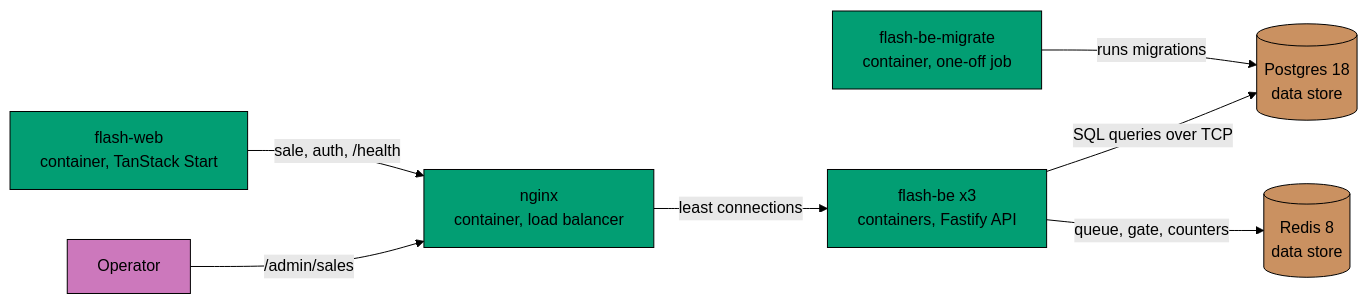
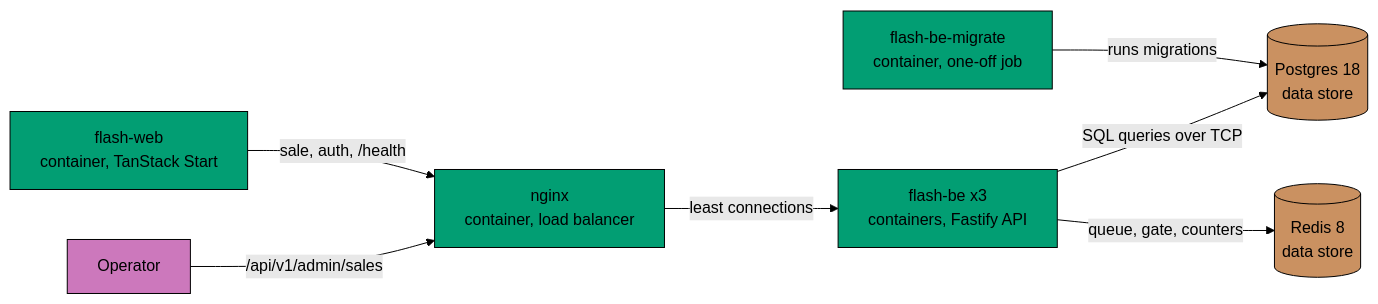
Before and after one commit to wahidyankf/coding-itv-js-flashsale: the diagram in specs/apps/flash/c4/containers.md, drawn with Mermaid (forest theme). The commit also changed other lines of this file and 111 other files, not shown here.

````diff
--- a/specs/apps/flash/c4/containers.md
+++ b/specs/apps/flash/c4/containers.md
@@ -7,25 +7,25 @@
 ```mermaid
 flowchart LR
   accTitle: Flash sale containers
   accDescr: A shopper's browser talks only to the web app. The web app renders the sale page and passes the sale requests on to nginx. Nginx spreads the requests over three identical API instances. The instances read and write one Postgres and use one Redis for the queue, the reservation gate and the rate counters. A migration job runs once before the instances start and prepares the Postgres schema. An operator reaches nginx directly to manage sales.
   operator["Operator"]
   web["flash-web<br/>container, TanStack Start"]
   lb["nginx<br/>container, load balancer"]
   be["flash-be x3<br/>containers, Fastify API"]
   migrate["flash-be-migrate<br/>container, one-off job"]
   pg[("Postgres 18<br/>data store")]
   redis[("Redis 8<br/>data store")]
-  operator -->|/admin/sales| lb
+  operator -->|/api/v1/admin/sales| lb
   web -->|sale, auth, /health| lb
   lb -->|least connections| be
   be -->|SQL queries over TCP| pg
   be -->|queue, gate, counters| redis
   migrate -->|runs migrations| pg
   classDef person fill:#CC78BC,stroke:#000000,color:#000000
   classDef container fill:#029E73,stroke:#000000,color:#000000
   classDef store fill:#CA9161,stroke:#000000,color:#000000
   classDef default fill:#808080,stroke:#000000,color:#000000
   class operator person
   class web,lb,be,migrate container
   class pg,redis store
 ```
````
